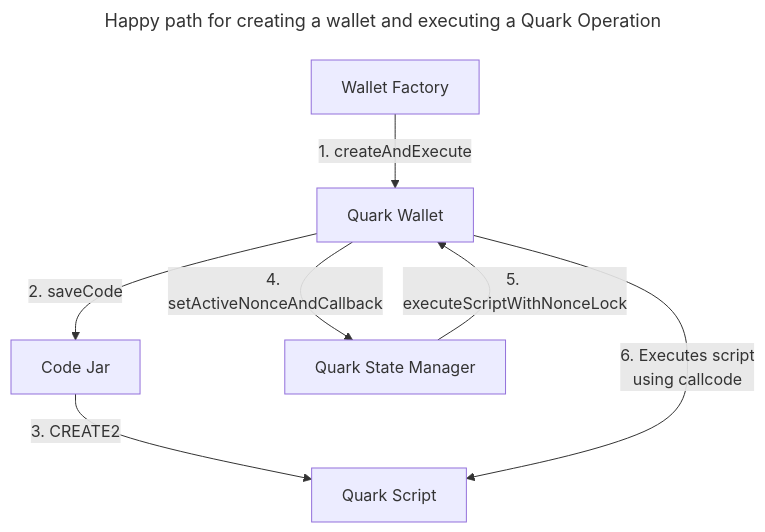
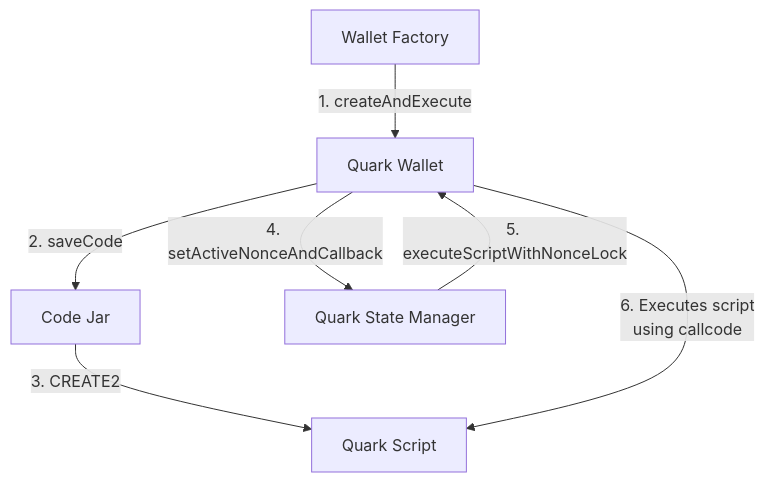
One commit to compound-finance/quark changed the diagram in README.md. Above: the diagram before and after it, drawn with Mermaid.

Commit message:
Update mermaid diagram

````diff
--- a/README.md
+++ b/README.md
@@ -40,19 +40,15 @@
 ```mermaid
----
-title: Happy path for creating a wallet and executing a Quark Operation
----
-
 flowchart TB
     factory[Wallet Factory]
     wallet[Quark Wallet]
     jar[Code Jar]
     script[Quark Script]
     state[Quark State Manager]
 
     factory -- 1. createAndExecute --> wallet
     wallet -- 2. saveCode --> jar
     jar -- 3. CREATE2  --> script
     wallet -- 4. setActiveNonceAndCallback --> state
     state -- 5. executeScriptWithNonceLock --> wallet
     wallet -- 6. Executes script\nusing callcode --> script
 ```
````
